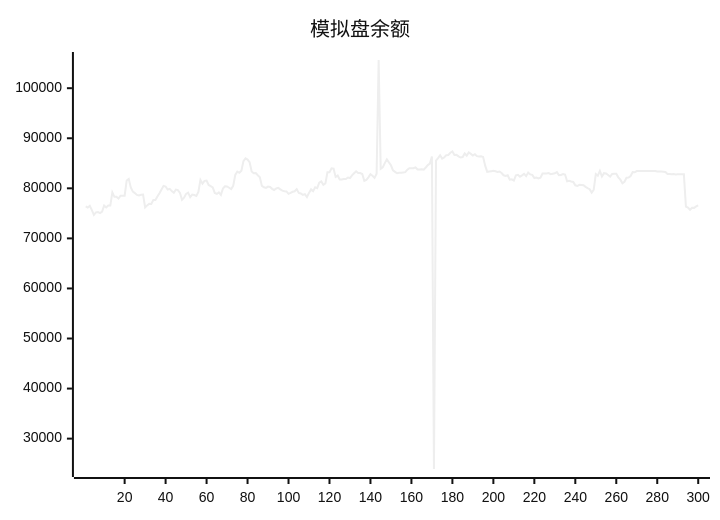
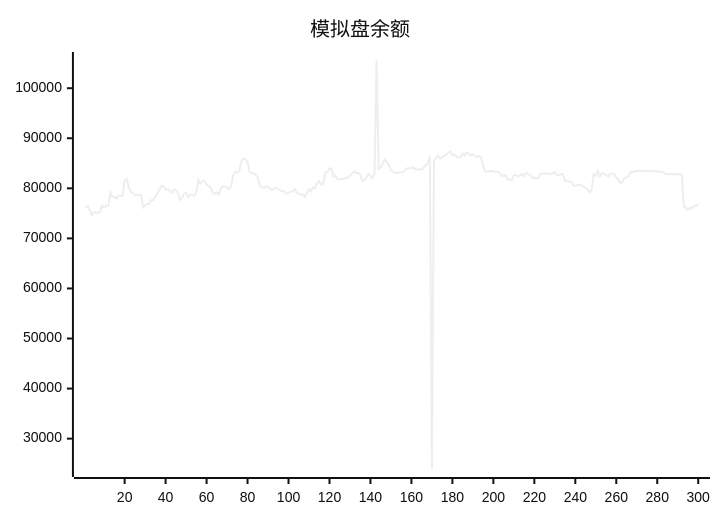
Before and after one commit to aahl/ai-trading: the diagram in README.md, drawn with Mermaid (neutral theme). The commit also changed other lines of this file and 1 other file, not shown here.

````diff
--- a/README.md
+++ b/README.md
@@ -5,5 +5,5 @@
 ```mermaid
 xychart
     title "模拟盘余额"
-    line [76411,76159,76485,75656,74695,75197,75246,75052,75334,76564,76179,76553,76551,79196,78300,78300,77944,78531,78531,78521,81564,81884,80160,79335,79055,78675,78580,78708,78764,76179,76586,76902,76876,77658,77669,78346,79023,79769,80497,80366,79761,79896,79448,79126,79749,79658,79097,77695,78114,78888,79126,78249,78738,78653,78478,79271,81680,80923,81488,81527,80681,80455,80190,79084,78879,79193,78686,79954,80403,80374,80118,79848,80491,82665,83351,83098,83525,85430,85983,85737,85221,83378,83014,83043,82613,82216,80477,80208,80081,80348,80277,79894,79670,79965,80093,79786,79542,79406,79371,78893,79087,79304,79406,79841,79072,78978,78696,78846,78272,79085,79787,79442,80198,80031,81120,81379,80718,80985,83214,83212,83993,83921,82270,82547,81776,81776,81866,81866,82158,82061,82596,83000,83408,83041,83050,82858,81503,81691,82188,82812,82517,82092,82901,105633,83898,84180,85030,85781,85178,84604,83569,83298,83008,83093,83107,83175,83228,83729,84025,84017,84019,84177,83775,83762,83785,83738,84160,84639,84939,86370,23934,85548,86046,86599,85942,86161,86622,86664,87115,87369,86666,86685,86384,86152,86243,86969,86548,87164,86885,86566,86809,86427,86348,86417,86273,84538,83299,83369,83430,83490,83404,83270,83362,83056,82605,82459,82614,81734,81788,81551,82598,82702,82320,82580,82878,82426,83139,82778,82686,82056,82166,81963,82110,82951,82983,82984,83038,82838,82915,82998,83235,82642,82682,82858,82746,81396,81512,81362,81277,80600,80461,80699,80673,80616,80288,80038,79836,79142,79722,82837,82533,83480,82366,83032,82960,82654,82330,82883,82934,82901,82188,81728,81005,81298,82110,82135,82449,83264,83203,83440,83439,83440,83440,83446,83447,83448,83447,83448,83449,83369,83369,83369,83313,83256,82872,82873,82801,82844,82785,82791,82791,82793,82794,76339,76145,75714,76110,76096,76397,76594]
+    line [76159,76485,75656,74695,75197,75246,75052,75334,76564,76179,76553,76551,79196,78300,78300,77944,78531,78531,78521,81564,81884,80160,79335,79055,78675,78580,78708,78764,76179,76586,76902,76876,77658,77669,78346,79023,79769,80497,80366,79761,79896,79448,79126,79749,79658,79097,77695,78114,78888,79126,78249,78738,78653,78478,79271,81680,80923,81488,81527,80681,80455,80190,79084,78879,79193,78686,79954,80403,80374,80118,79848,80491,82665,83351,83098,83525,85430,85983,85737,85221,83378,83014,83043,82613,82216,80477,80208,80081,80348,80277,79894,79670,79965,80093,79786,79542,79406,79371,78893,79087,79304,79406,79841,79072,78978,78696,78846,78272,79085,79787,79442,80198,80031,81120,81379,80718,80985,83214,83212,83993,83921,82270,82547,81776,81776,81866,81866,82158,82061,82596,83000,83408,83041,83050,82858,81503,81691,82188,82812,82517,82092,82901,105633,83898,84180,85030,85781,85178,84604,83569,83298,83008,83093,83107,83175,83228,83729,84025,84017,84019,84177,83775,83762,83785,83738,84160,84639,84939,86370,23934,85548,86046,86599,85942,86161,86622,86664,87115,87369,86666,86685,86384,86152,86243,86969,86548,87164,86885,86566,86809,86427,86348,86417,86273,84538,83299,83369,83430,83490,83404,83270,83362,83056,82605,82459,82614,81734,81788,81551,82598,82702,82320,82580,82878,82426,83139,82778,82686,82056,82166,81963,82110,82951,82983,82984,83038,82838,82915,82998,83235,82642,82682,82858,82746,81396,81512,81362,81277,80600,80461,80699,80673,80616,80288,80038,79836,79142,79722,82837,82533,83480,82366,83032,82960,82654,82330,82883,82934,82901,82188,81728,81005,81298,82110,82135,82449,83264,83203,83440,83439,83440,83440,83446,83447,83448,83447,83448,83449,83369,83369,83369,83313,83256,82872,82873,82801,82844,82785,82791,82791,82793,82794,76339,76145,75714,76110,76096,76397,76594,76585]
 ```
````
